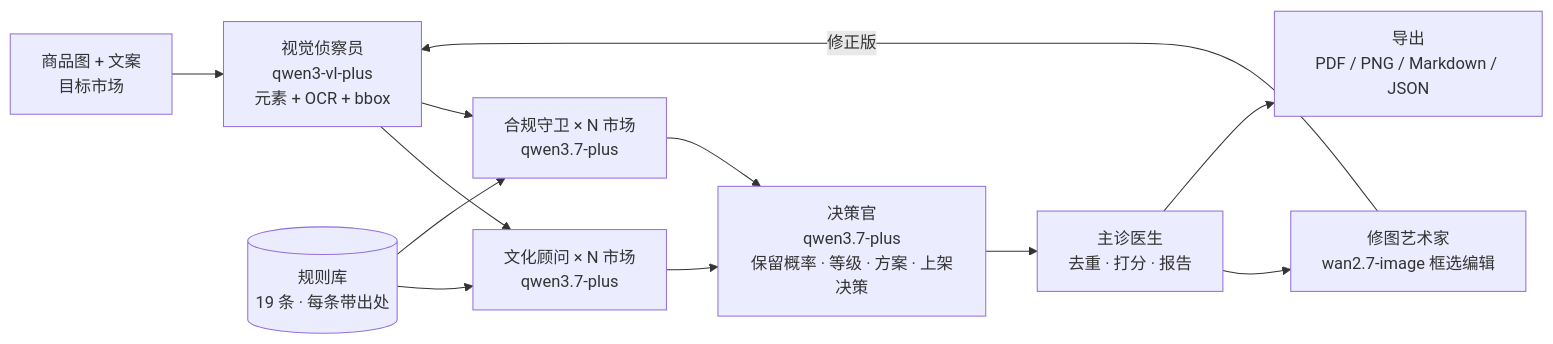
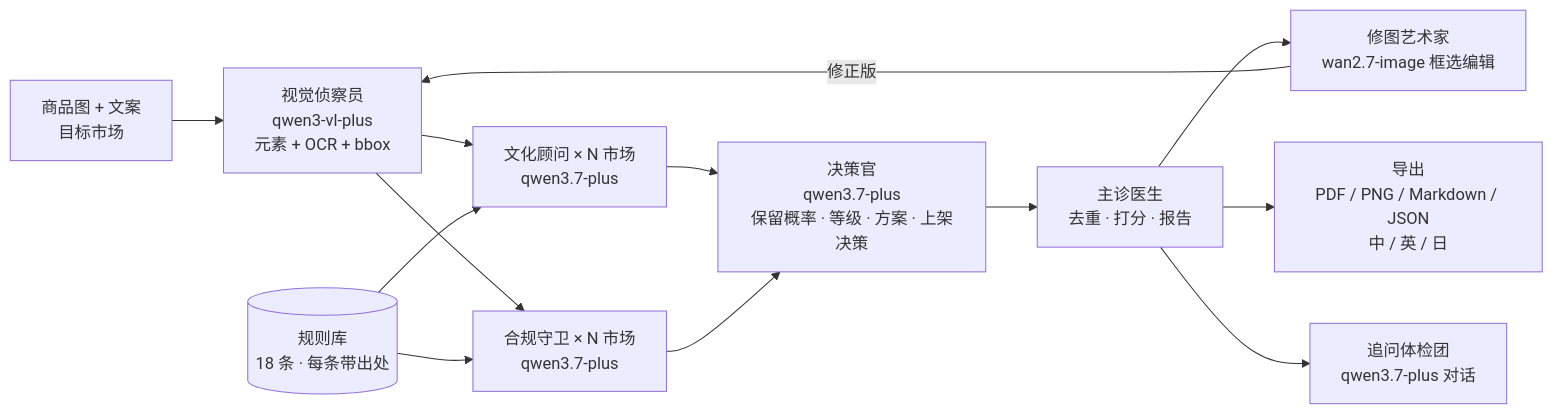
One commit to LucianaiB2004/culture-check changed the diagram in README.md. Above: the diagram before and after it, drawn with Mermaid. The commit also changed other lines of this file and 30 other files, not shown here.

````diff
--- a/README.md
+++ b/README.md
@@ -82,12 +108,13 @@
 ```mermaid
 flowchart LR
   U[商品图 + 文案<br/>目标市场] --> V[视觉侦察员<br/>qwen3-vl-plus<br/>元素 + OCR + bbox]
   V --> C1[文化顾问 × N 市场<br/>qwen3.7-plus]
   V --> C2[合规守卫 × N 市场<br/>qwen3.7-plus]
-  R[(规则库<br/>19 条 · 每条带出处)] --> C1 & C2
+  R[(规则库<br/>18 条 · 每条带出处)] --> C1 & C2
   C1 & C2 --> D[决策官<br/>qwen3.7-plus<br/>保留概率 · 等级 · 方案 · 上架决策]
   D --> S[主诊医生<br/>去重 · 打分 · 报告]
   S --> F[修图艺术家<br/>wan2.7-image 框选编辑]
   F -->|修正版| V
-  S --> E[导出<br/>PDF / PNG / Markdown / JSON]
+  S --> E[导出<br/>PDF / PNG / Markdown / JSON<br/>中 / 英 / 日]
+  S --> Q[追问体检团<br/>qwen3.7-plus 对话]
 ```
````
